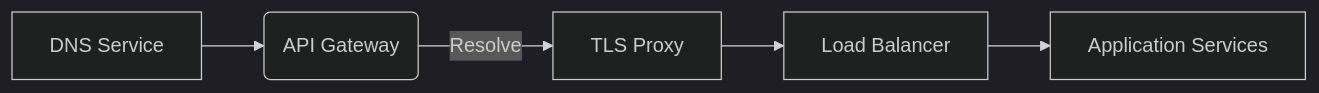
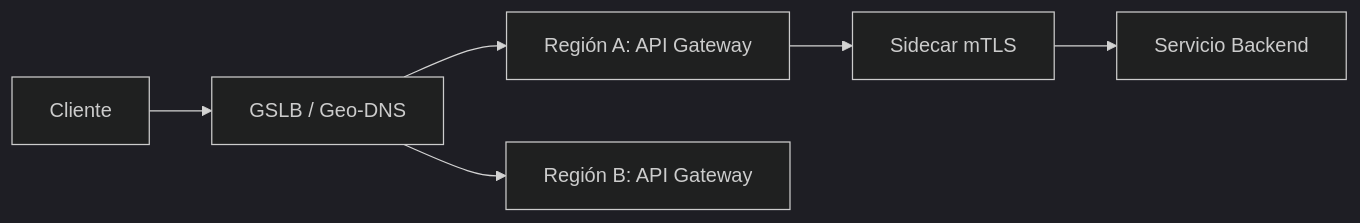
One commit to Joaquinriosheredia/DAM-Java-Mastery changed the fifth of 8 diagrams in _Review/dns_tls_y_load_balancing_en_sistemas_modernos/dns_tls_y_load_balancing_en_sistemas_modernos.md. Above: the diagram before and after it, drawn with Mermaid (dark theme). The commit also changed other lines of this file, not shown here.

Commit message:
DNS, TLS y Load Balancing en Sistemas Modernos con Java 21

````diff
--- a/_Review/dns_tls_y_load_balancing_en_sistemas_modernos/dns_tls_y_load_balancing_en_sistemas_modernos.md
+++ b/_Review/dns_tls_y_load_balancing_en_sistemas_modernos/dns_tls_y_load_balancing_en_sistemas_modernos.md
@@ -589,7 +306,8 @@
 ```mermaid
 graph LR
-    A[DNS Service] --> B(API Gateway);
-    B -->|Resolve| C[TLS Proxy];
-    C --> D[Load Balancer];
-    D --> E[Application Services];
+    CLIENT[Cliente] --> GSLB[GSLB / Geo-DNS]
+    GSLB --> REG_A[Región A: API Gateway]
+    GSLB --> REG_B[Región B: API Gateway]
+    REG_A --> SIDE_A[Sidecar mTLS]
+    SIDE_A --> SVC_A[Servicio Backend]
 ```
````
